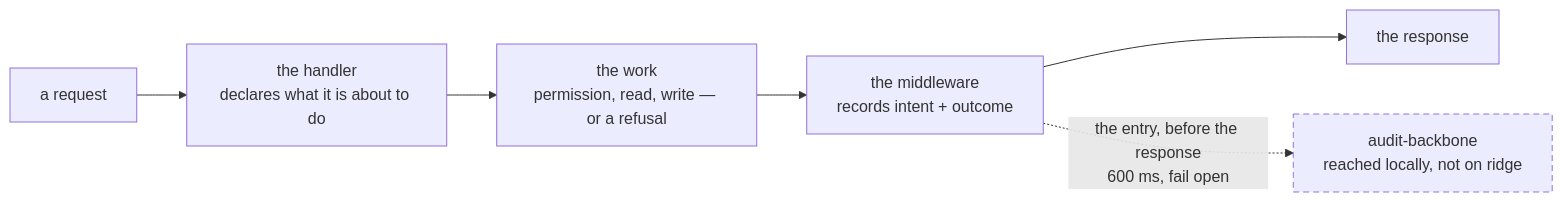
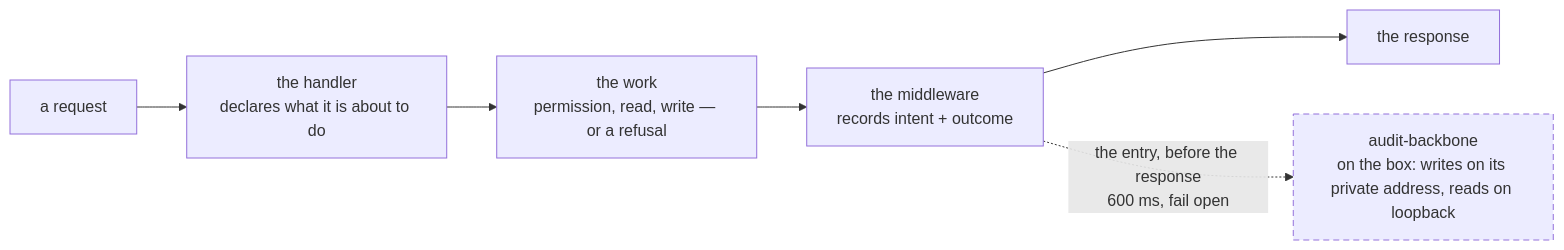
The diagram in docs/activity-log.md (ancJ29/credo), drawn with Mermaid before and after one commit. The commit also changed 10 other files, not shown here.

````diff
--- a/docs/activity-log.md
+++ b/docs/activity-log.md
@@ -73,13 +73,13 @@
 ```mermaid
 flowchart LR
   req["a request"]
   ctl["the handler<br/>declares what it is about to do"]
   work["the work<br/>permission, read, write — or a refusal"]
   mw["the middleware<br/>records intent + outcome"]
   res["the response"]
-  ab["audit-backbone<br/>reached locally, not on ridge"]
+  ab["audit-backbone<br/>on the box: writes on its private address, reads on loopback"]
   req --> ctl --> work --> mw --> res
   mw -. "the entry, before the response<br/>600 ms, fail open" .-> ab
   classDef intended stroke-dasharray: 6 4
   class ab intended
 ```
````
